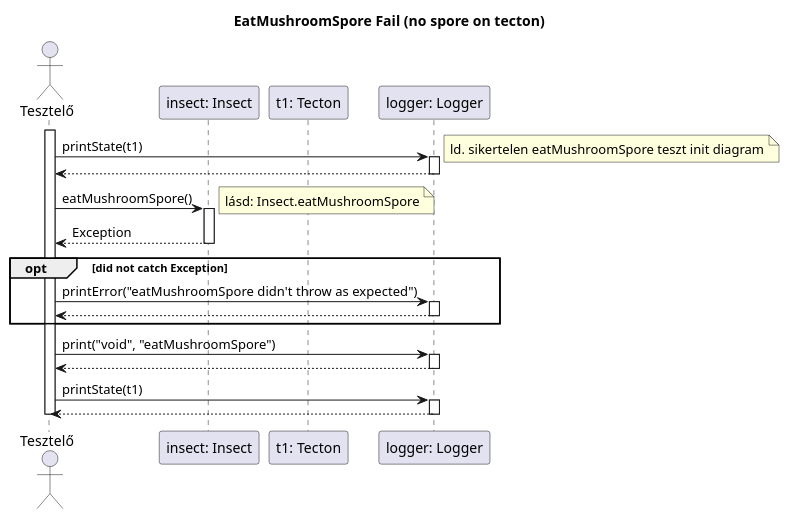
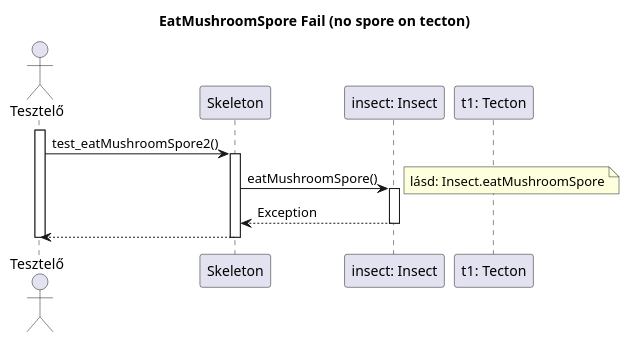
One commit to dzsem/projlab changed the diagram in diagrams/test-sequence/insect/eatMushroomSpore2.plantuml. Above: the diagram before and after it, drawn with PlantUML. The commit also changed 5 other files, not shown here.

Commit message:
Add Skeleton call and remove logger mentions

```diff
--- a/diagrams/test-sequence/insect/eatMushroomSpore2.plantuml
+++ b/diagrams/test-sequence/insect/eatMushroomSpore2.plantuml
@@ -1,47 +1,27 @@
 @startuml test_eatMushroomSpore2
 
 title EatMushroomSpore Fail (no spore on tecton)
 
 actor "Tesztelő" as t
+participant "Skeleton" as ske
 participant "insect: Insect" as i
 participant "t1: Tecton" as t1
-participant "logger: Logger" as logger
 
 activate t
 
-t -> logger: printState(t1)
-note right: ld. sikertelen eatMushroomSpore teszt init diagram
-activate logger
+t -> ske: test_eatMushroomSpore2()
+activate ske
 
-t <-- logger
-deactivate logger
+	ske -> i: eatMushroomSpore()
+	activate i
+	note right: lásd: Insect.eatMushroomSpore
 
-t -> i: eatMushroomSpore()
-activate i
-note right: lásd: Insect.eatMushroomSpore
+	ske <-- i: Exception
+	deactivate i
 
-t <-- i: Exception
-deactivate i
-
-opt did not catch Exception
-	t -> logger: printError("eatMushroomSpore didn't throw as expected")
-	activate logger
-
-	t <-- logger
-	deactivate logger
-end
-
-t -> logger: print("void", "eatMushroomSpore")
-activate logger
-
-t <-- logger
-deactivate logger
-
-t -> logger: printState(t1)
-activate logger
-t <-- logger
-deactivate logger
+t <-- ske
+deactivate ske
 
 deactivate t
 
 @enduml
```
